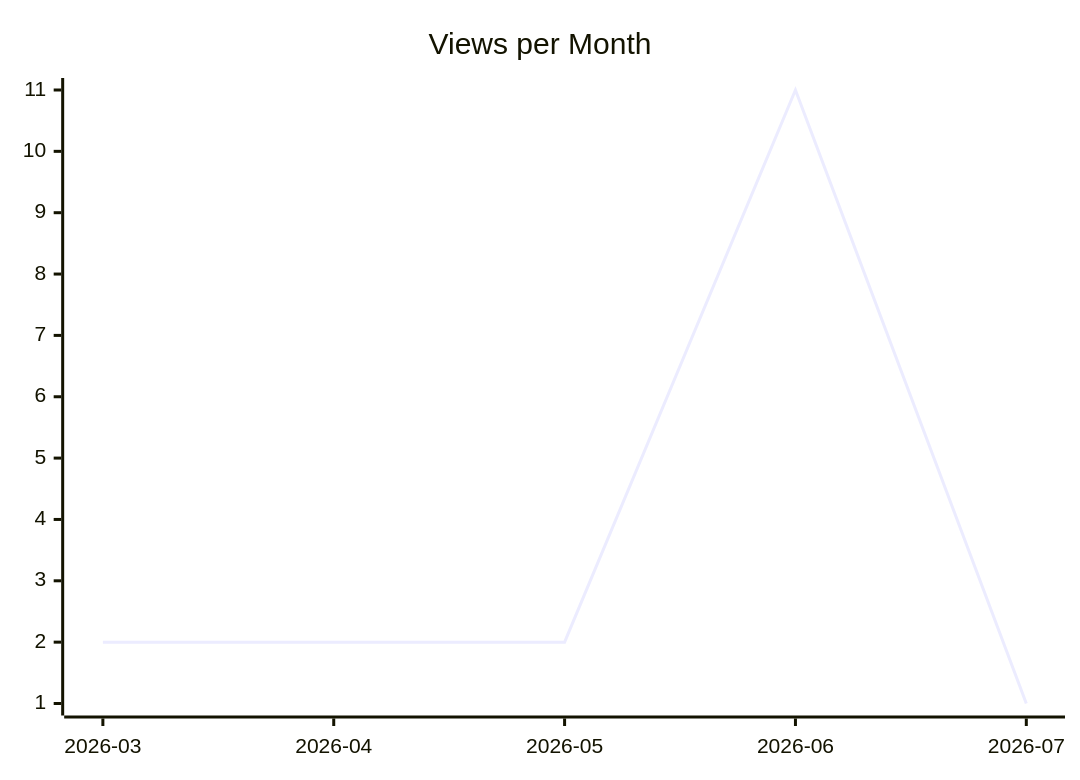
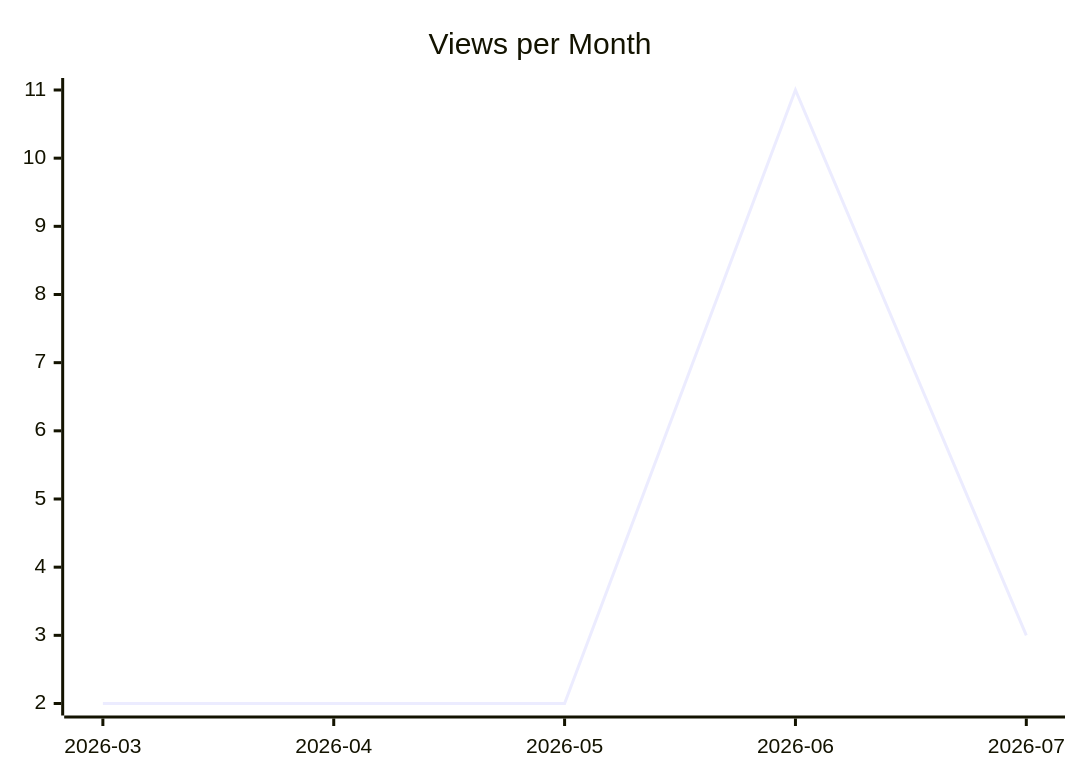
The second of 3 diagrams in karlmdavis/ansible-role-jenkins2/README.md (justdavis-family/github-analytics-data), drawn with Mermaid before and after one commit. The commit also changed other lines of this file and 188 other files, not shown here.

````diff
--- a/karlmdavis/ansible-role-jenkins2/README.md
+++ b/karlmdavis/ansible-role-jenkins2/README.md
@@ -12,6 +12,6 @@
 ```mermaid
 xychart-beta
   title "Views per Month"
   x-axis ["2026-03", "2026-04", "2026-05", "2026-06", "2026-07"]
-  line [2, 2, 2, 11, 1]
+  line [2, 2, 2, 11, 3]
 ```
````
